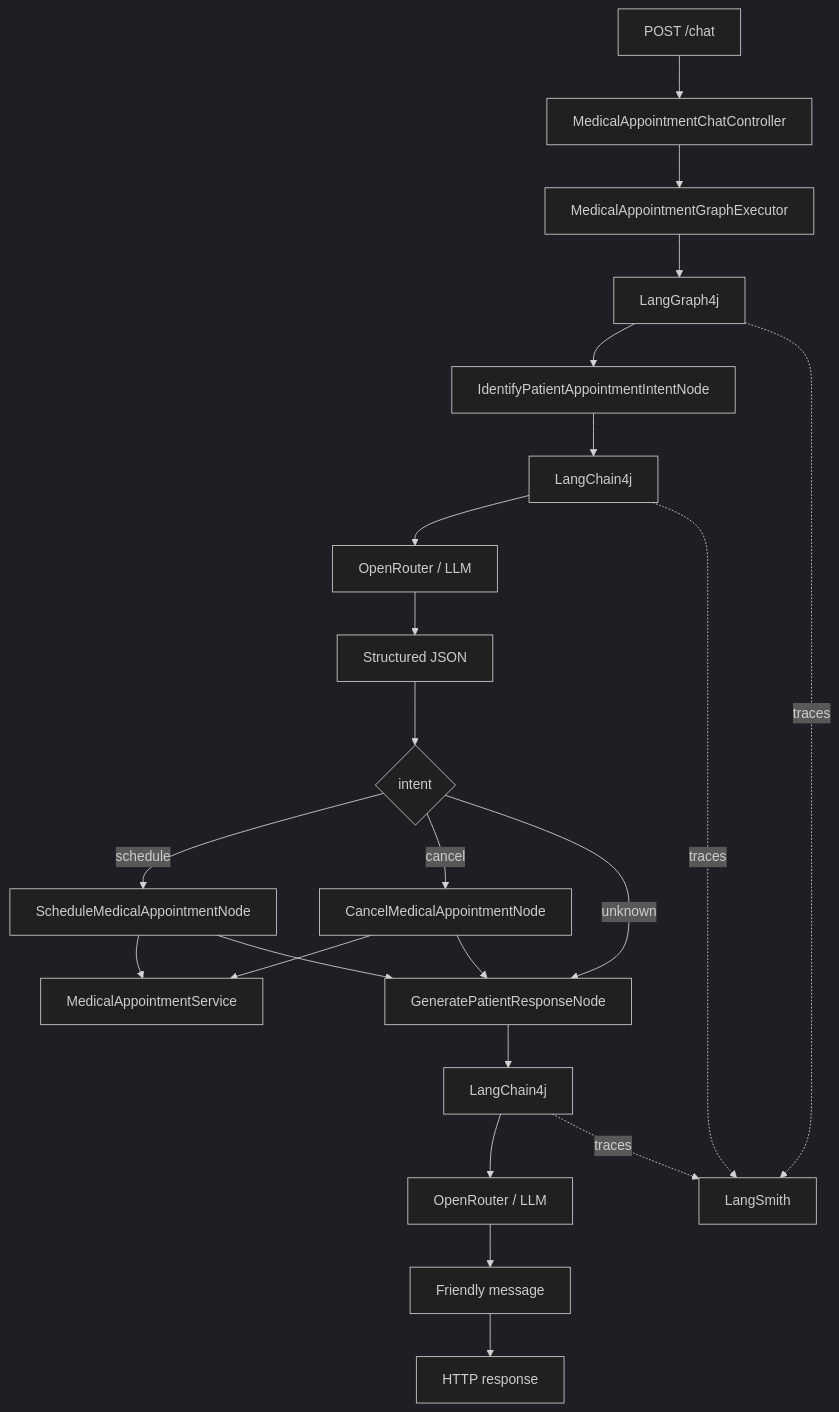
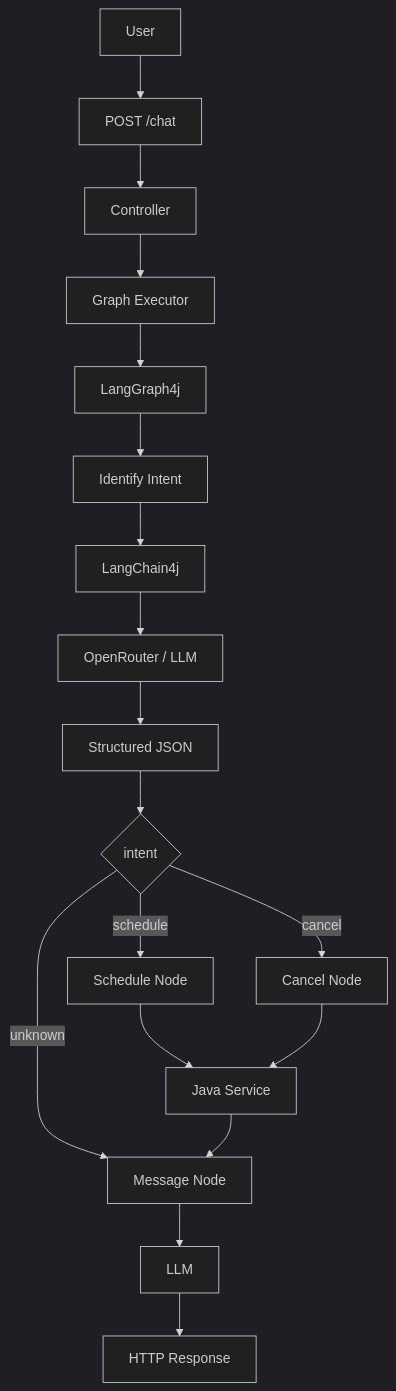
One commit to ViniHDSouza/poc_java_ia_consultamedica changed the diagram in README_EN.md. Above: the diagram before and after it, drawn with Mermaid (dark theme). The commit also changed other lines of this file and 1 other file, not shown here.

````diff
--- a/README_EN.md
+++ b/README_EN.md
@@ -76,32 +281,24 @@
 ```mermaid
 flowchart TD
-    A[POST /chat] --> B[MedicalAppointmentChatController]
-    B --> C[MedicalAppointmentGraphExecutor]
-    C --> D[LangGraph4j]
+    A[User] --> B[POST /chat]
+    B --> C[Controller]
+    C --> D[Graph Executor]
+    D --> E[LangGraph4j]
 
-    D --> E[IdentifyPatientAppointmentIntentNode]
-    E --> F[LangChain4j]
-    F --> G[OpenRouter / LLM]
-    G --> H[Structured JSON]
+    E --> F[Identify Intent]
+    F --> G[LangChain4j]
+    G --> H[OpenRouter / LLM]
+    H --> I[Structured JSON]
 
-    H --> I{intent}
+    I --> J{intent}
+    J -->|schedule| K[Schedule Node]
+    J -->|cancel| L[Cancel Node]
+    J -->|unknown| M[Message Node]
 
-    I -->|schedule| J[ScheduleMedicalAppointmentNode]
-    I -->|cancel| K[CancelMedicalAppointmentNode]
-    I -->|unknown| L[GeneratePatientResponseNode]
+    K --> N[Java Service]
+    L --> N
+    N --> M
 
-    J --> M[MedicalAppointmentService]
-    K --> M
-
-    J --> L
-    K --> L
-
-    L --> N[LangChain4j]
-    N --> O[OpenRouter / LLM]
-    O --> P[Friendly message]
-    P --> Q[HTTP response]
-
-    D -. traces .-> R[LangSmith]
-    F -. traces .-> R
-    N -. traces .-> R
+    M --> O[LLM]
+    O --> P[HTTP Response]
 ```
````
